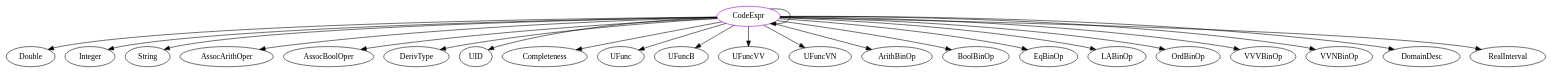
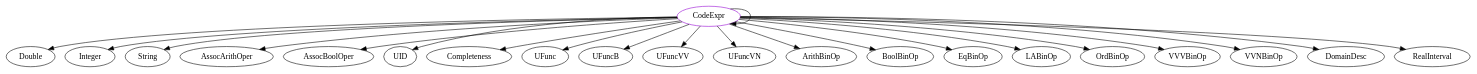
Before and after one commit to JacquesCarette/Drasil: the diagram in analysis/TypeDependencyGraphs/code-base/CodeExpr.dot, drawn with Graphviz. The commit also changed 245 other files, not shown here.

```diff
--- a/analysis/TypeDependencyGraphs/code-base/CodeExpr.dot
+++ b/analysis/TypeDependencyGraphs/code-base/CodeExpr.dot
@@ -1,25 +1,24 @@
 digraph codeexpr{
 CodeExpr -> Double;
 CodeExpr -> CodeExpr;
 CodeExpr -> Integer;
 CodeExpr -> String;
 CodeExpr -> AssocArithOper;
 CodeExpr -> AssocBoolOper;
-CodeExpr -> DerivType;
 CodeExpr -> UID;
 CodeExpr -> Completeness;
 CodeExpr -> UFunc;
 CodeExpr -> UFuncB;
 CodeExpr -> UFuncVV;
 CodeExpr -> UFuncVN;
 CodeExpr -> ArithBinOp;
 CodeExpr -> BoolBinOp;
 CodeExpr -> EqBinOp;
 CodeExpr -> LABinOp;
 CodeExpr -> OrdBinOp;
 CodeExpr -> VVVBinOp;
 CodeExpr -> VVNBinOp;
 CodeExpr -> DomainDesc;
 CodeExpr -> RealInterval;
 CodeExpr	[shape=oval, color=darkviolet, label=CodeExpr];
 }
```
